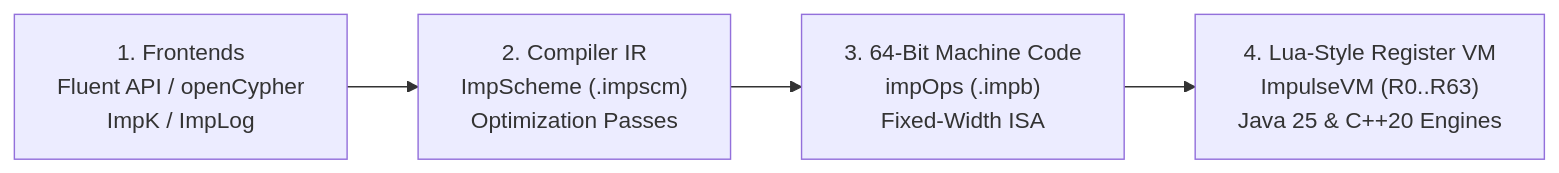
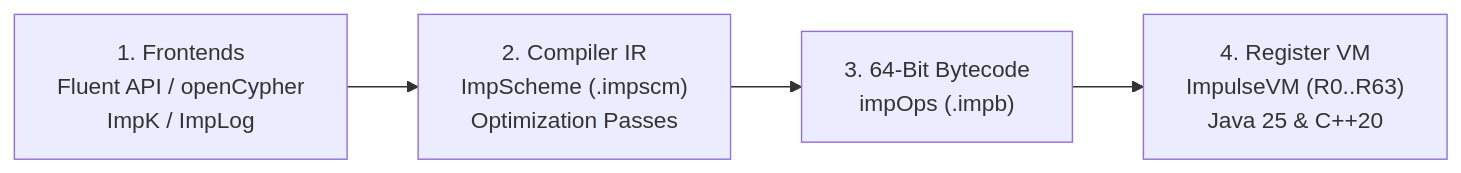
One commit to impulse-graph/impulse-website changed the diagram in docs/concepts/why-impulse.md. Above: the diagram before and after it, drawn with Mermaid. The commit also changed other lines of this file and 21 other files, not shown here.

````diff
--- a/docs/concepts/why-impulse.md
+++ b/docs/concepts/why-impulse.md
@@ -47,6 +40,6 @@
 ```mermaid
 flowchart LR
     FE["1. Frontends\nFluent API / openCypher\nImpK / ImpLog"] --> IR["2. Compiler IR\nImpScheme (.impscm)\nOptimization Passes"]
-    IR --> OPS["3. 64-Bit Machine Code\nimpOps (.impb)\nFixed-Width ISA"]
-    OPS --> VM["4. Lua-Style Register VM\nImpulseVM (R0..R63)\nJava 25 & C++20 Engines"]
+    IR --> OPS["3. 64-Bit Bytecode\nimpOps (.impb)"]
+    OPS --> VM["4. Register VM\nImpulseVM (R0..R63)\nJava 25 & C++20"]
 ```
````
